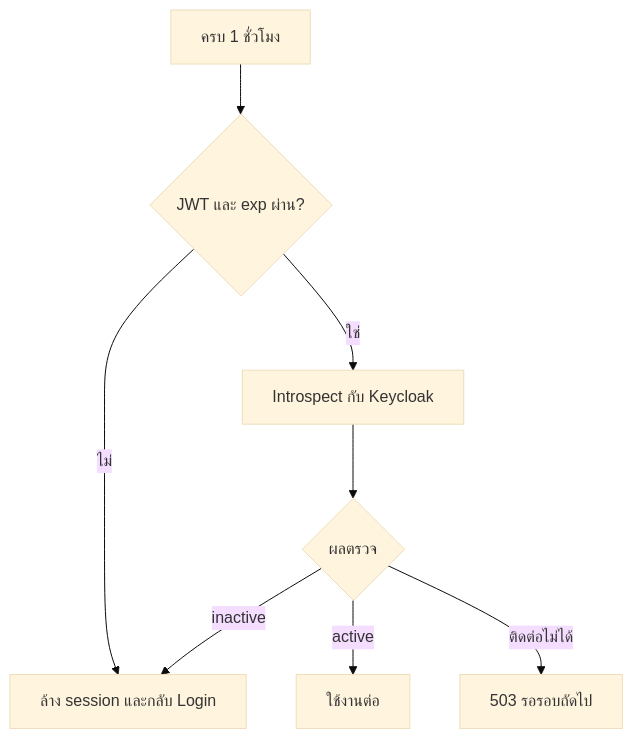
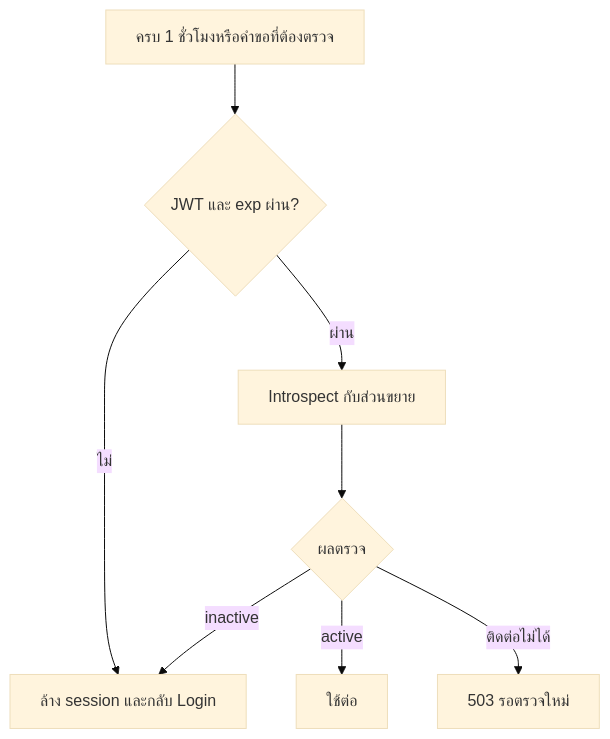
One commit to Sin1apachai/poc_sso changed diagram 14 of 20 in docs/flows/LOGIN-AND-SESSION.md. Above: the diagram before and after it, drawn with Mermaid (base theme). The commit also changed other lines of this file and 149 other files, not shown here.

````diff
--- a/docs/flows/LOGIN-AND-SESSION.md
+++ b/docs/flows/LOGIN-AND-SESSION.md
@@ -333,10 +347,10 @@
 ```mermaid
 flowchart TD
-    H[ครบ 1 ชั่วโมง] --> V{JWT และ exp ผ่าน?}
+H[ครบ 1 ชั่วโมงหรือคำขอที่ต้องตรวจ] --> V{JWT และ exp ผ่าน?}
     V -->|ไม่| L[ล้าง session และกลับ Login]
-    V -->|ใช่| I[Introspect กับ Keycloak]
+    V -->|ผ่าน| I[Introspect กับส่วนขยาย]
     I --> R{ผลตรวจ}
-    R -->|active| S[ใช้งานต่อ]
+    R -->|active| S[ใช้ต่อ]
     R -->|inactive| L
-    R -->|ติดต่อไม่ได้| W[503 รอรอบถัดไป]
+    R -->|ติดต่อไม่ได้| W[503 รอตรวจใหม่]
 ```
````
